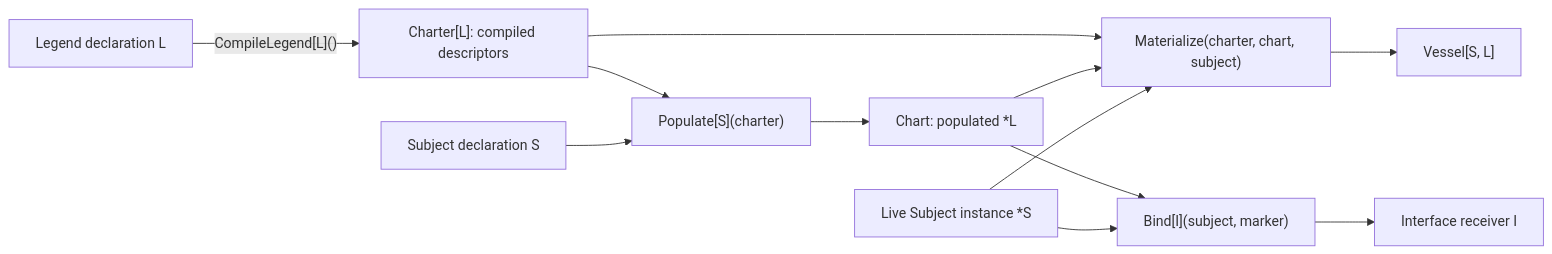
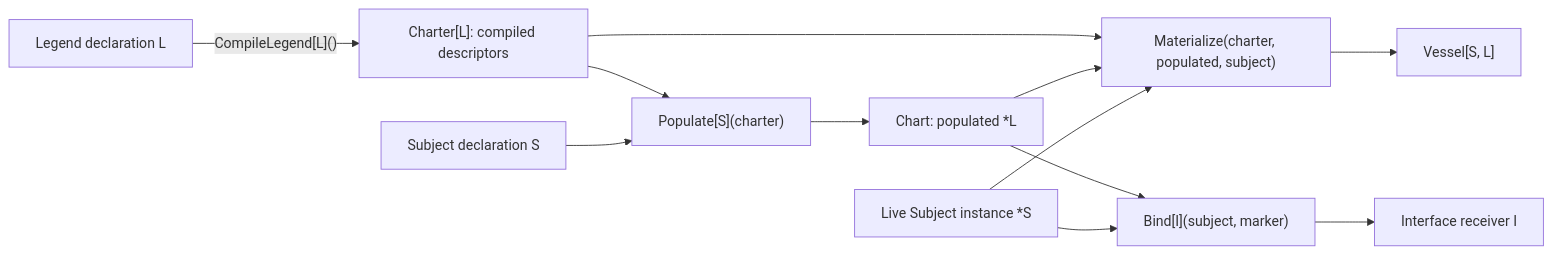
The diagram in readme.md (Qlustra/sail), drawn with Mermaid before and after one commit. The commit also changed other lines of this file and 17 other files, not shown here.

````diff
--- a/readme.md
+++ b/readme.md
@@ -78,14 +88,14 @@
 ```mermaid
 flowchart LR
     L["Legend declaration L"] -->|"CompileLegend[L]()"| C["Charter[L]: compiled descriptors"]
     C --> P["Populate[S](charter)"]
     S["Subject declaration S"] --> P
     P --> T["Chart: populated *L"]
-    C --> M["Materialize(charter, chart, subject)"]
+    C --> M["Materialize(charter, populated, subject)"]
     T --> M
     I["Live Subject instance *S"] --> M
     M --> V["Vessel[S, L]"]
     T --> B["Bind[I](subject, marker)"]
     I --> B
     B --> R["Interface receiver I"]
 ```
````
